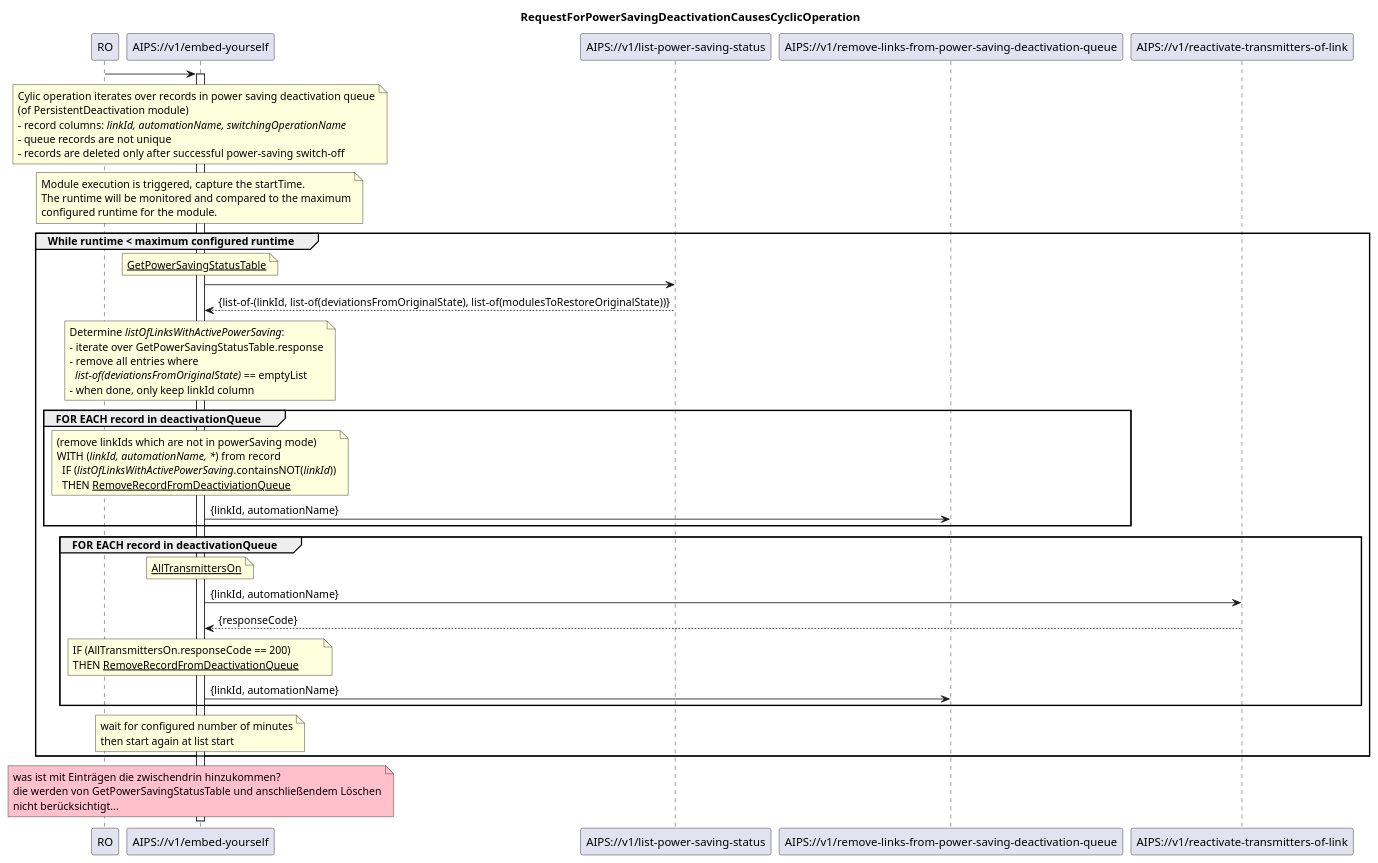
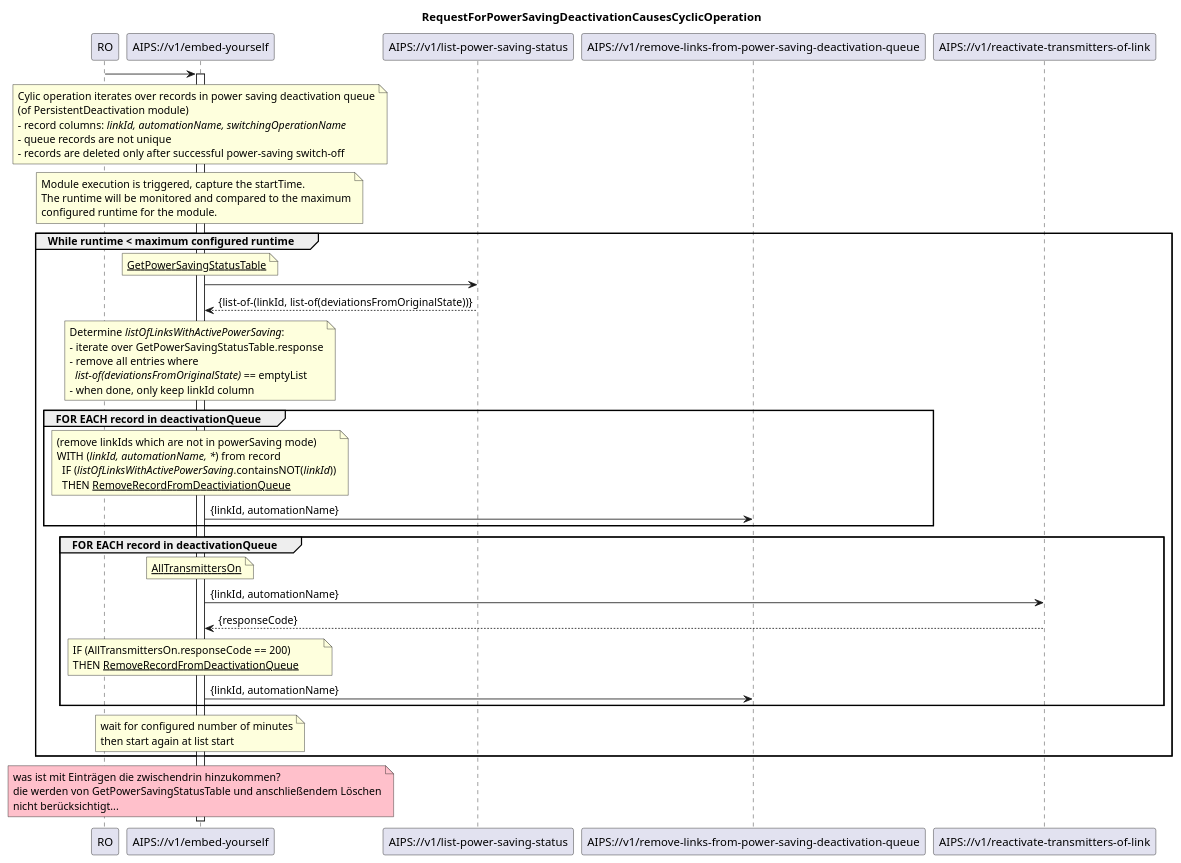
One commit to openBackhaul/AirInterfacePowerSaver changed the diagram in spec/diagrams/04_LinkGroupRelatedSwitchingOperation/discuss/4xx_cyclicOperationOnPowerSavingDeactivationQueue.plantuml. Above: the diagram before and after it, drawn with PlantUML. The commit also changed 6 other files, not shown here.

```diff
--- a/spec/diagrams/04_LinkGroupRelatedSwitchingOperation/discuss/4xx_cyclicOperationOnPowerSavingDeactivationQueue.plantuml
+++ b/spec/diagrams/04_LinkGroupRelatedSwitchingOperation/discuss/4xx_cyclicOperationOnPowerSavingDeactivationQueue.plantuml
@@ -1,92 +1,92 @@
 @startuml 4xx_cyclicOperationOnPowerSavingDectivationQueue
 skinparam responseMessageBelowArrow true
 
 title
 RequestForPowerSavingDeactivationCausesCyclicOperation
 end title
 
 participant "RO" as ro
 participant "AIPS://v1/embed-yourself" as embedYourself
 'participant "AIPS://v1/provide-power-saving-status-of-link" as listStatus
 participant "AIPS://v1/list-power-saving-status" as listStatus
 participant "AIPS://v1/remove-links-from-power-saving-deactivation-queue" as removeFromQueue
 participant "AIPS://v1/reactivate-transmitters-of-link" as reactivateTransmitters
 
 ro -> embedYourself
 activate embedYourself 
 
 note over embedYourself
   Cylic operation iterates over records in power saving deactivation queue
   (of PersistentDeactivation module)
   - record columns: <i>linkId, automationName, switchingOperationName</i>
   - queue records are not unique
   - records are deleted only after successful power-saving switch-off    
 end note
 
 note over embedYourself
   Module execution is triggered, capture the startTime.
   The runtime will be monitored and compared to the maximum
   configured runtime for the module.
 end note
 
 group While runtime < maximum configured runtime
 
   'get power saving status of links
   note over embedYourself
     <u>GetPowerSavingStatusTable</u>
   end note
   embedYourself -> listStatus
-  listStatus --> embedYourself: {list-of-(linkId, list-of(deviationsFromOriginalState), list-of(modulesToRestoreOriginalState))}
+  listStatus --> embedYourself: {list-of-(linkId, list-of(deviationsFromOriginalState))}
 
   'only keep linkIds, remove those with no powerSaving
   note over embedYourself
     Determine <i>listOfLinksWithActivePowerSaving</i>:
     - iterate over GetPowerSavingStatusTable.response
     - remove all entries where 
       <i>list-of(deviationsFromOriginalState)</i> == emptyList
     - when done, only keep linkId column
   end note
   
   'remove the linkIds without powerSaving from the DeactivationQueue
   group FOR EACH record in deactivationQueue
   note over embedYourself
     (remove linkIds which are not in powerSaving mode)
     WITH (<i>linkId, automationName, *</i>) from record 
       IF (<i>listOfLinksWithActivePowerSaving</i>.containsNOT(<i>linkId</i>))
       THEN <u>RemoveRecordFromDeactiviationQueue</u> 
   end note
   embedYourself -> removeFromQueue: {linkId, automationName}
   end
 
   group FOR EACH record in deactivationQueue
     'for all remaining entries
     note over embedYourself
       <u>AllTransmittersOn</u>
     end note
     embedYourself -> reactivateTransmitters: {linkId, automationName}
     reactivateTransmitters --> embedYourself: {responseCode}
 
     'if success remove from list
     note over embedYourself
       IF (AllTransmittersOn.responseCode == 200)
       THEN <u>RemoveRecordFromDeactivationQueue</u>        
     end note
     embedYourself -> removeFromQueue: {linkId, automationName}
   end
 
   'waiting time at end of list
   note over embedYourself
     wait for configured number of minutes
     then start again at list start
   end note
 end
 
 note over embedYourself #pink
   was ist mit Einträgen die zwischendrin hinzukommen?
   die werden von GetPowerSavingStatusTable und anschließendem Löschen
   nicht berücksichtigt...
 end note
 
 deactivate embedYourself
 
 @enduml
```
